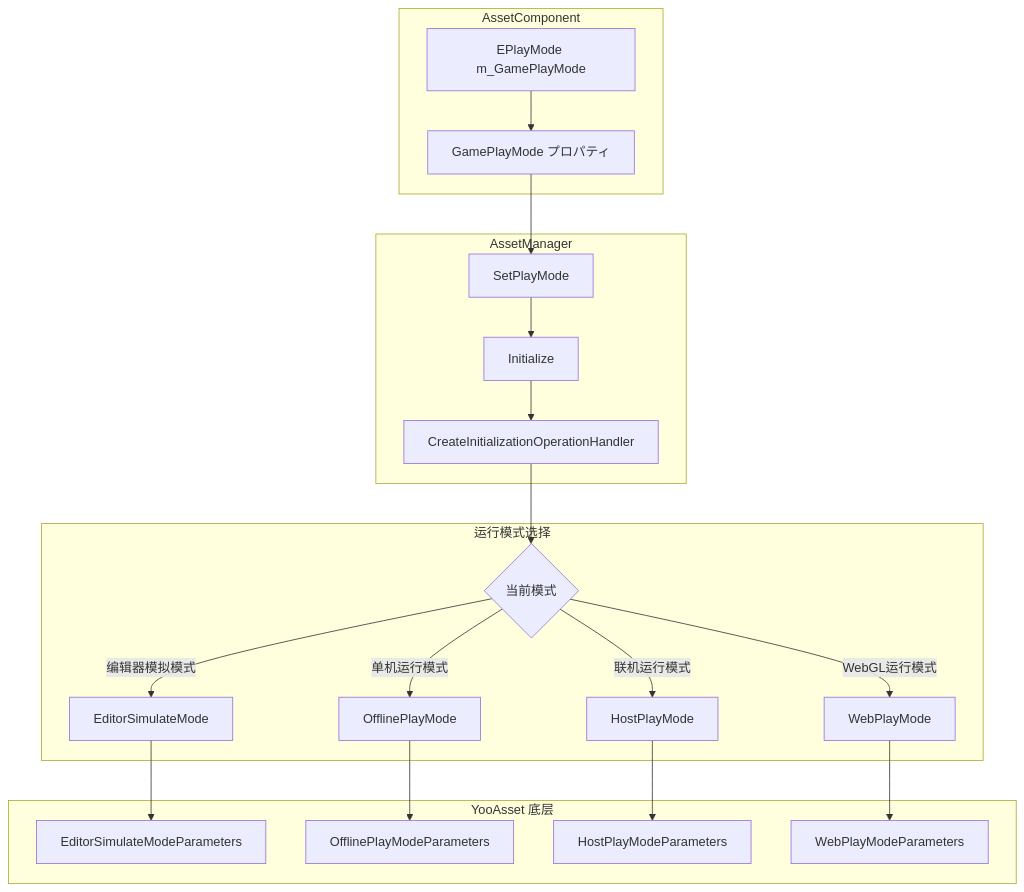
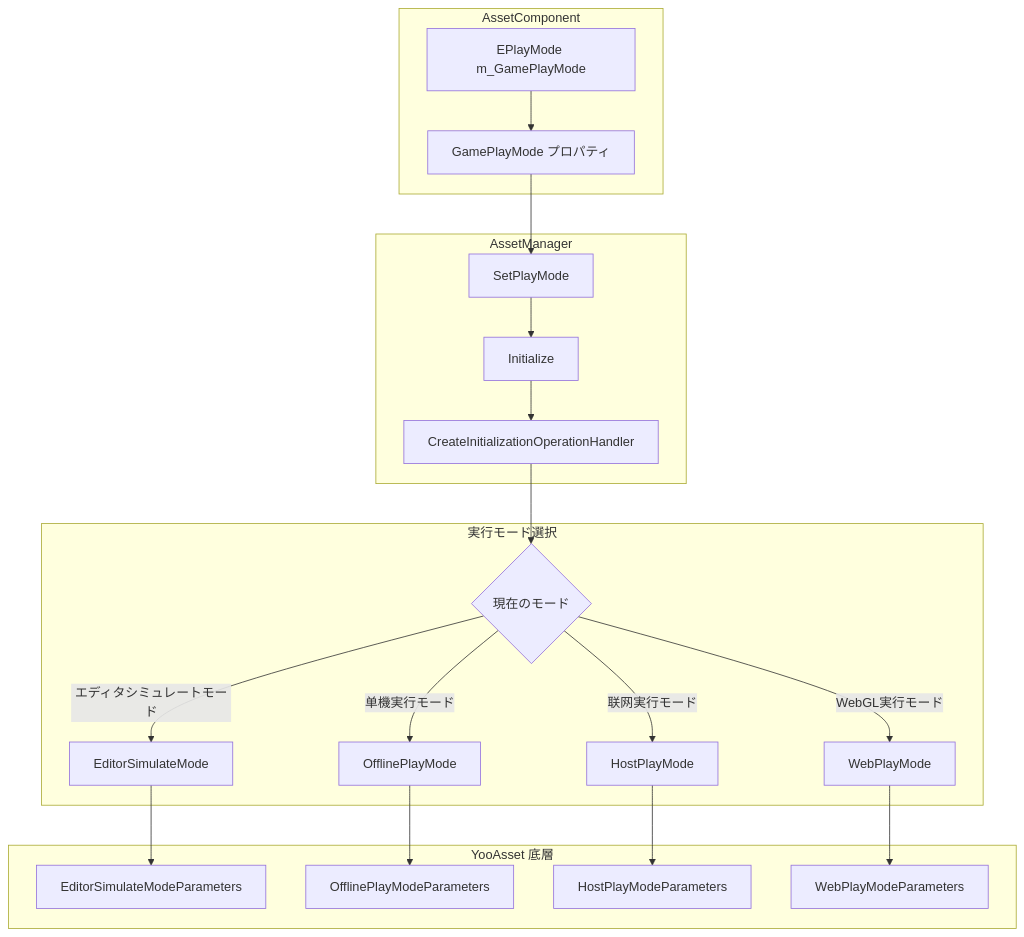
One commit to AlianBlank/GameFrameX.Docs changed the first of 2 diagrams in docs/ja/client/unity/component/asset/14.play-modes.md. Above: the diagram before and after it, drawn with Mermaid. The commit also changed other lines of this file and 320 other files, not shown here.

````diff
--- a/docs/ja/client/unity/component/asset/14.play-modes.md
+++ b/docs/ja/client/unity/component/asset/14.play-modes.md
@@ -18,42 +18,42 @@
 ```mermaid
 flowchart TD
     subgraph AssetComponent["AssetComponent"]
         A1[EPlayMode m_GamePlayMode]
         A2[GamePlayMode プロパティ]
     end
 
     subgraph AssetManager["AssetManager"]
         A3[SetPlayMode]
         A4[Initialize]
         A5[CreateInitializationOperationHandler]
     end
 
-    subgraph PlayModeSelection["运行模式选择"]
-        P1{当前模式}
+    subgraph PlayModeSelection["実行モード選択"]
+        P1{現在のモード}
         P2[EditorSimulateMode]
         P3[OfflinePlayMode]
         P4[HostPlayMode]
         P5[WebPlayMode]
     end
 
-    subgraph YooAsset["YooAsset 底层"]
+    subgraph YooAsset["YooAsset 底層"]
         Y1[EditorSimulateModeParameters]
         Y2[OfflinePlayModeParameters]
         Y3[HostPlayModeParameters]
         Y4[WebPlayModeParameters]
     end
 
     A1 --> A2
     A2 --> A3
     A3 --> A4
     A4 --> A5
     A5 --> P1
-    P1 -->|编辑器模拟模式| P2
-    P1 -->|单机运行模式| P3
-    P1 -->|联机运行模式| P4
-    P1 -->|WebGL运行模式| P5
+    P1 -->|エディタシミュレートモード| P2
+    P1 -->|单機実行モード| P3
+    P1 -->|联网実行モード| P4
+    P1 -->|WebGL実行モード| P5
     P2 --> Y1
     P3 --> Y2
     P4 --> Y3
     P5 --> Y4
 ```
````
